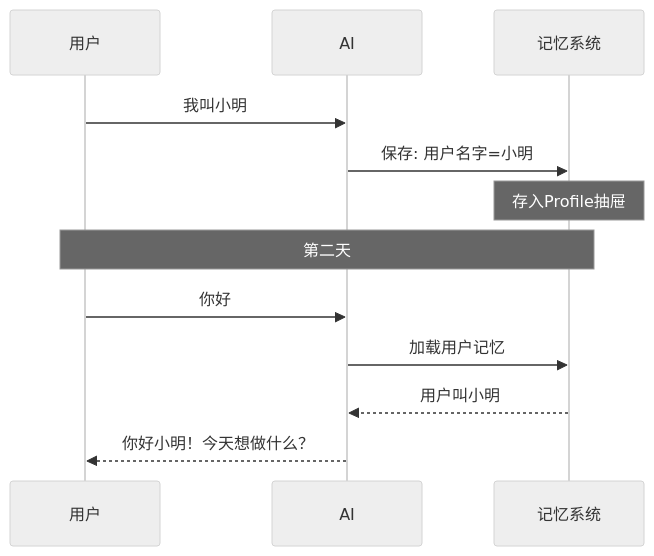
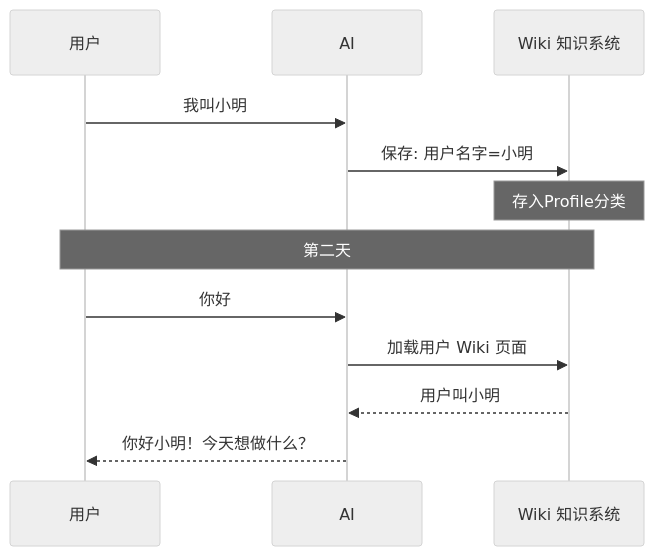
The tenth of 12 diagrams in docs/memory-history.md (yeheng/nanobot-rs), drawn with Mermaid (neutral theme) before and after one commit. The commit also changed other lines of this file and 57 other files, not shown here.

First line of the commit message:
feat: 用 Wiki 知识系统全面替换旧 Memory 记忆系统

````diff
--- a/docs/memory-history.md
+++ b/docs/memory-history.md
@@ -314,17 +325,17 @@
 ```mermaid
 sequenceDiagram
     participant U as 用户
     participant AI as AI
-    participant Mem as 记忆系统
+    participant Mem as Wiki 知识系统
     
     U->>AI: 我叫小明
     AI->>Mem: 保存: 用户名字=小明
-    Note over Mem: 存入Profile抽屉
+    Note over Mem: 存入Profile分类
 
     Note over U,Mem: 第二天
     
     U->>AI: 你好
-    AI->>Mem: 加载用户记忆
+    AI->>Mem: 加载用户 Wiki 页面
     Mem-->>AI: 用户叫小明
     AI-->>U: 你好小明！今天想做什么？
 ```
````
